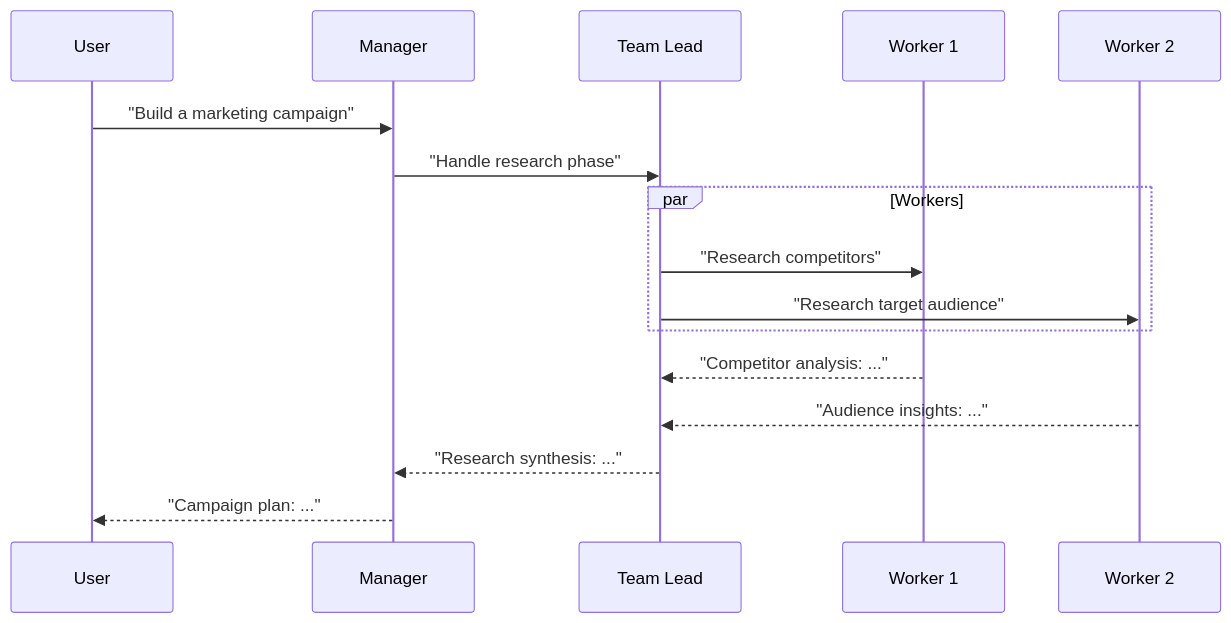
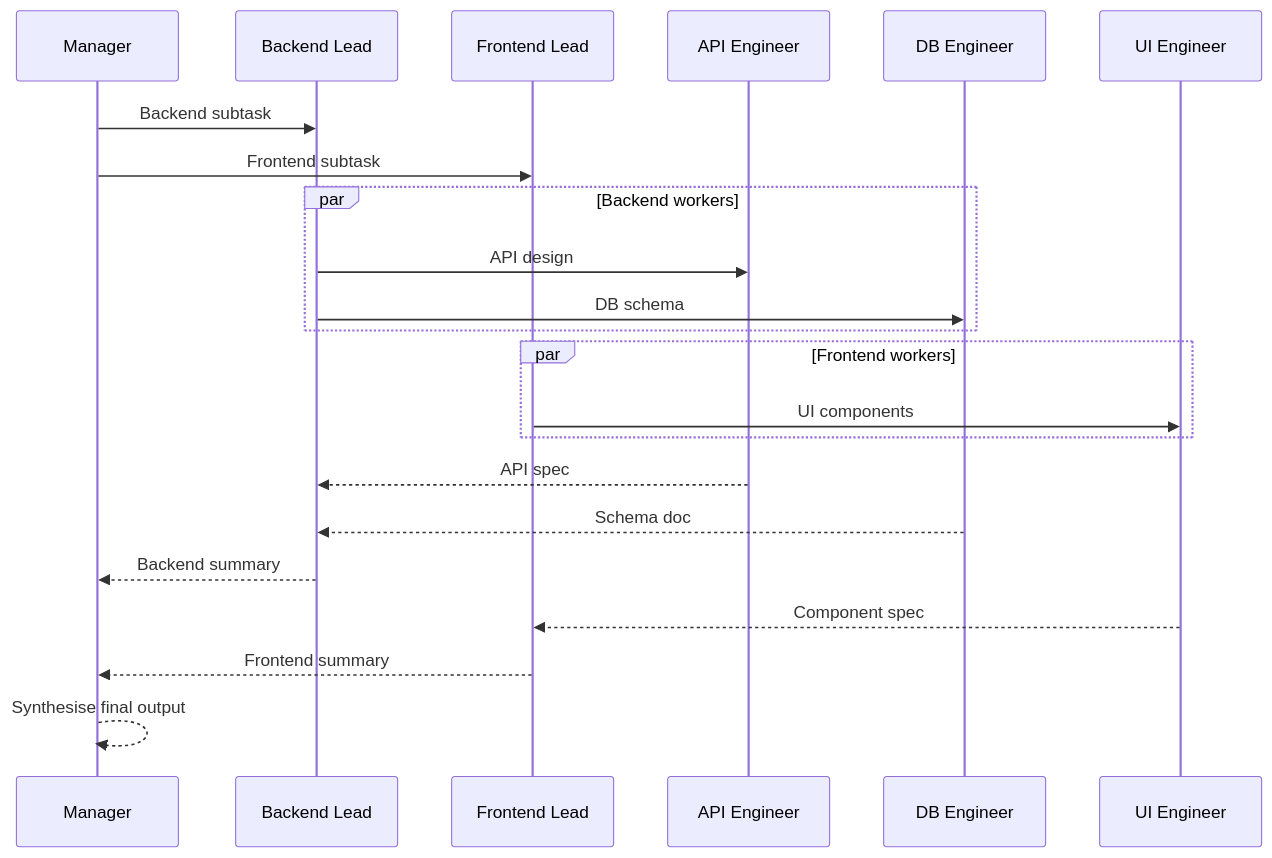
The diagram in docs/patterns/orchestration/hierarchical.md (pyagent-core/pyagent), drawn with Mermaid before and after one commit. The commit also changed other lines of this file and 152 other files, not shown here.

````diff
--- a/docs/patterns/orchestration/hierarchical.md
+++ b/docs/patterns/orchestration/hierarchical.md
@@ -7,19 +12,25 @@
 ```mermaid
 sequenceDiagram
-    participant U as User
     participant M as Manager
-    participant TL as Team Lead
-    participant W1 as Worker 1
-    participant W2 as Worker 2
+    participant BL as Backend Lead
+    participant FL as Frontend Lead
+    participant W1 as API Engineer
+    participant W2 as DB Engineer
+    participant W3 as UI Engineer
 
-    U->>M: "Build a marketing campaign"
-    M->>TL: "Handle research phase"
-    par Workers
-        TL->>W1: "Research competitors"
-        TL->>W2: "Research target audience"
+    M->>BL: Backend subtask
+    M->>FL: Frontend subtask
+    par Backend workers
+        BL->>W1: API design
+        BL->>W2: DB schema
     end
-    W1-->>TL: "Competitor analysis: ..."
-    W2-->>TL: "Audience insights: ..."
-    TL-->>M: "Research synthesis: ..."
-    M-->>U: "Campaign plan: ..."
+    par Frontend workers
+        FL->>W3: UI components
+    end
+    W1-->>BL: API spec
+    W2-->>BL: Schema doc
+    BL-->>M: Backend summary
+    W3-->>FL: Component spec
+    FL-->>M: Frontend summary
+    M-->>M: Synthesise final output
 ```
````
